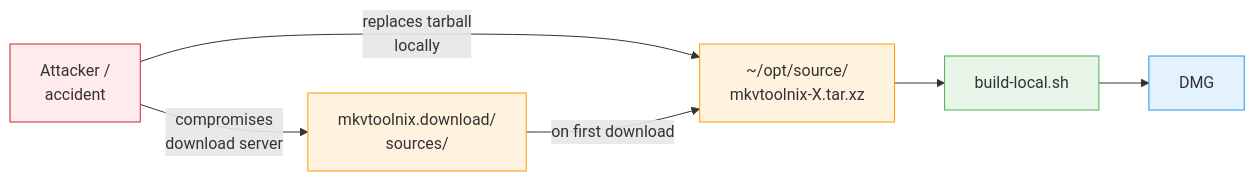
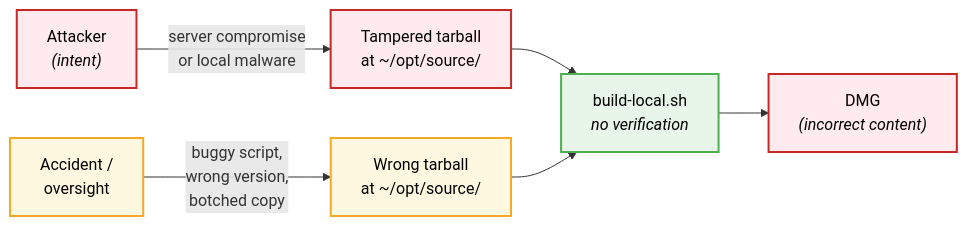
One commit to CorticalCode/mkvtoolnix-macos-arm changed the first of 6 diagrams in docs/tarball-verification.md. Above: the diagram before and after it, drawn with Mermaid. The commit also changed other lines of this file and 2 other files, not shown here.

First line of the commit message:
docs: improve diagram readability and tighten guide content

````diff
--- a/docs/tarball-verification.md
+++ b/docs/tarball-verification.md
@@ -25,14 +25,25 @@
 ```mermaid
 flowchart LR
-    A["Attacker /<br/>accident"] -->|"replaces tarball<br/>locally"| T["~/opt/source/<br/>mkvtoolnix-X.tar.xz"]
-    A -->|"compromises<br/>download server"| S["mkvtoolnix.download/<br/>sources/"]
-    T --> B["build-local.sh"]
-    S -->|"on first download"| T
-    B --> D["DMG"]
+    Att["Attacker<br/><i>(intent)</i>"]
+    Acc["Accident /<br/>oversight"]
 
-    style A fill:#ffebee,stroke:#c62828
-    style T fill:#fff3e0,stroke:#ff9800
-    style S fill:#fff3e0,stroke:#ff9800
-    style B fill:#e8f5e9,stroke:#4caf50
-    style D fill:#e3f2fd,stroke:#2196f3
+    Tam["Tampered tarball<br/>at ~/opt/source/"]
+    Wrong["Wrong tarball<br/>at ~/opt/source/"]
+
+    B["build-local.sh<br/><i>no verification</i>"]
+    D["DMG<br/><i>(incorrect content)</i>"]
+
+    Att -->|"server compromise<br/>or local malware"| Tam
+    Acc -->|"buggy script,<br/>wrong version,<br/>botched copy"| Wrong
+
+    Tam --> B
+    Wrong --> B
+    B --> D
+
+    style Att fill:#ffebee,stroke:#c62828,stroke-width:2px,color:#000
+    style Acc fill:#fff8e1,stroke:#f9a825,stroke-width:2px,color:#000
+    style Tam fill:#ffebee,stroke:#c62828,stroke-width:2px,color:#000
+    style Wrong fill:#fff8e1,stroke:#f9a825,stroke-width:2px,color:#000
+    style B fill:#e8f5e9,stroke:#4caf50,stroke-width:2px,color:#000
+    style D fill:#ffebee,stroke:#c62828,stroke-width:2px,color:#000
 ```
````
